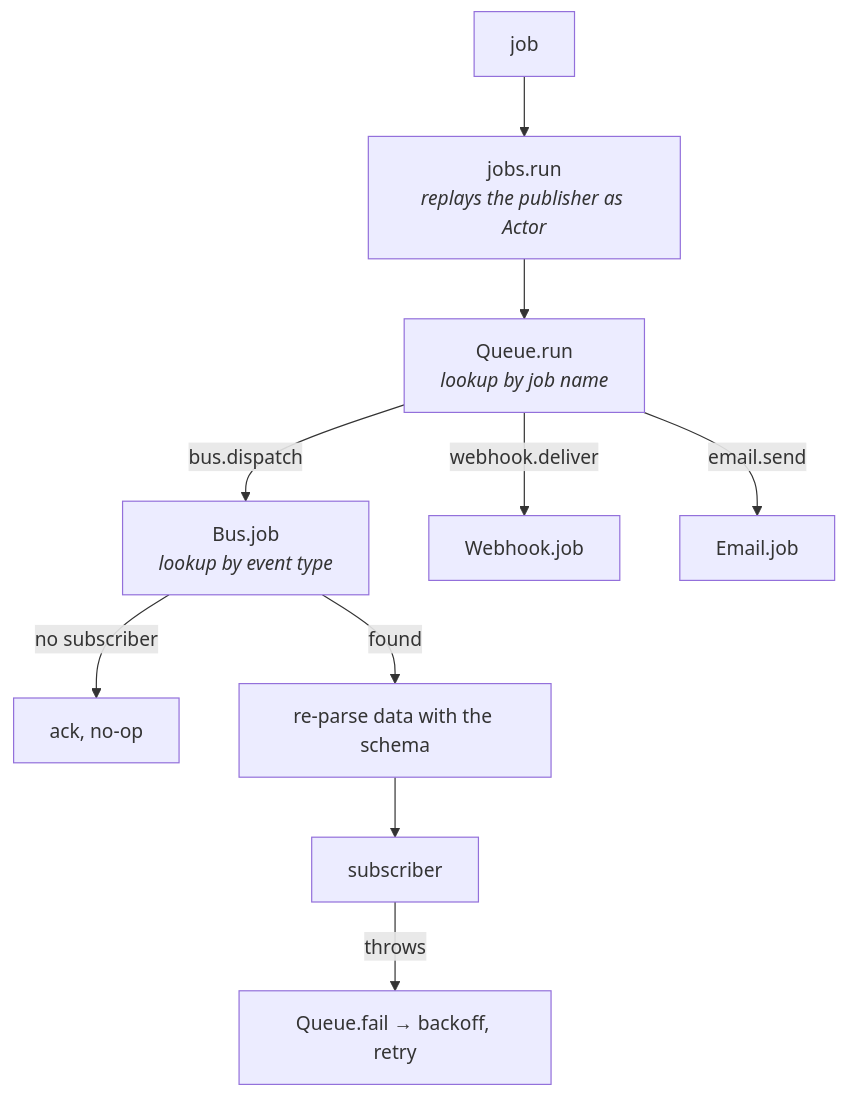
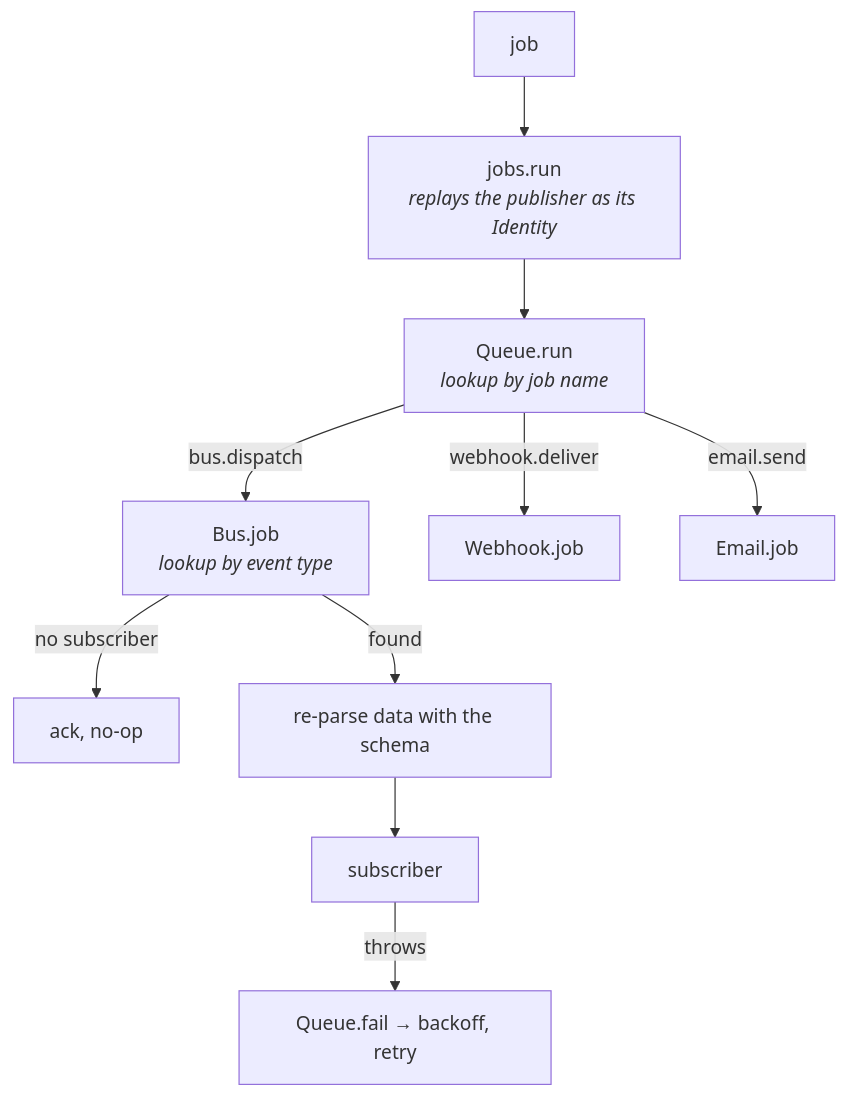
The second of 5 diagrams in docs/events.md (andre-brandao/template), drawn with Mermaid before and after one commit. The commit also changed other lines of this file and 22 other files, not shown here.

````diff
--- a/docs/events.md
+++ b/docs/events.md
@@ -61,11 +61,11 @@
 ```mermaid
 graph TD
-  job["job"] --> run["jobs.run<br/><i>replays the publisher as Actor</i>"]
+  job["job"] --> run["jobs.run<br/><i>replays the publisher as its Identity</i>"]
   run --> qrun["Queue.run<br/><i>lookup by job name</i>"]
   qrun -->|bus.dispatch| bus["Bus.job<br/><i>lookup by event type</i>"]
   qrun -->|webhook.deliver| wh["Webhook.job"]
   qrun -->|email.send| mail["Email.job"]
   bus -->|no subscriber| ack["ack, no-op"]
   bus -->|found| parse["re-parse data with the schema"] --> cb["subscriber"]
   cb -->|throws| retry["Queue.fail → backoff, retry"]
 ```
````
